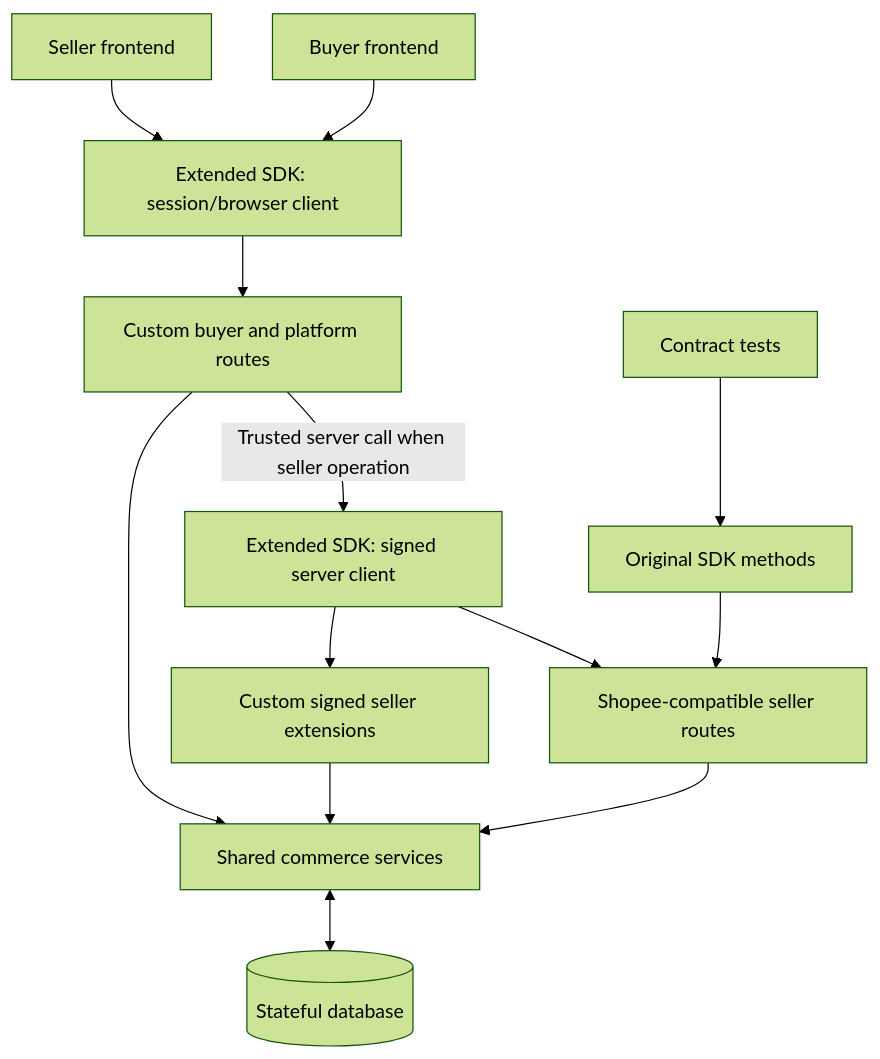
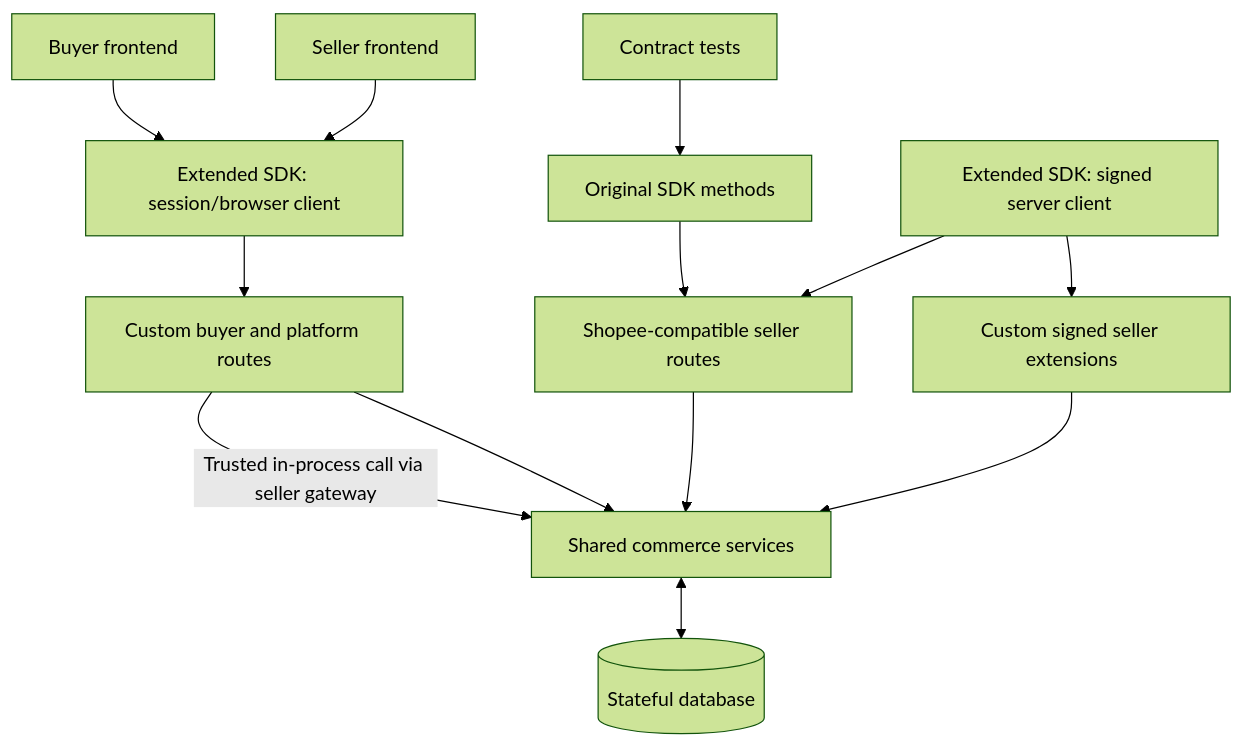
Before and after one commit to RyanNg1403/huspee: the diagram in PHASE1_ENDPOINTS.md, drawn with Mermaid (forest theme). The commit also changed other lines of this file and 8 other files, not shown here.

````diff
--- a/PHASE1_ENDPOINTS.md
+++ b/PHASE1_ENDPOINTS.md
@@ -181,15 +221,15 @@
 ```mermaid
 flowchart TB
     BUY[Buyer frontend] --> CLIENT[Extended SDK: session/browser client]
     SELL[Seller frontend] --> CLIENT
     CLIENT --> PLATFORM[Custom buyer and platform routes]
-    PLATFORM -->|Trusted server call when seller operation| SDK[Extended SDK: signed server client]
+    PLATFORM -->|Trusted in-process call via seller gateway| SVC
     TEST[Contract tests] --> BASE[Original SDK methods]
     BASE --> COMPAT[Shopee-compatible seller routes]
-    SDK --> COMPAT
+    SDK[Extended SDK: signed server client] --> COMPAT
     SDK --> EXT[Custom signed seller extensions]
     PLATFORM --> SVC[Shared commerce services]
     COMPAT --> SVC
     EXT --> SVC
     SVC <--> DB[(Stateful database)]
 ```
````
